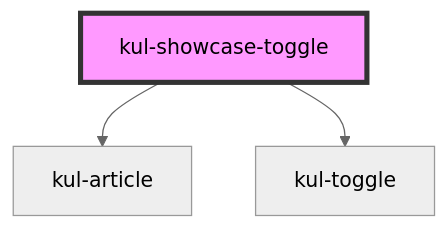
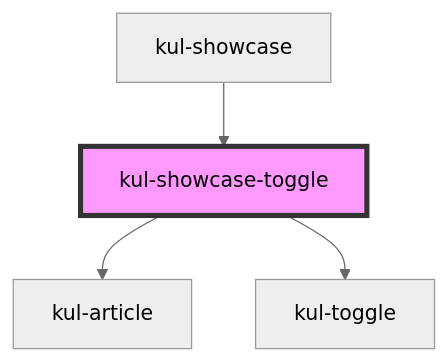
The diagram in packages/ketchup-lite/src/components/kul-showcase/components/toggle/readme.md (lucafoscili/ketchup-lite), drawn with Mermaid (neutral theme) before and after one commit. The commit also changed other lines of this file and 45 other files, not shown here.

````diff
--- a/packages/ketchup-lite/src/components/kul-showcase/components/toggle/readme.md
+++ b/packages/ketchup-lite/src/components/kul-showcase/components/toggle/readme.md
@@ -24,6 +28,7 @@
 ```mermaid
 graph TD;
   kul-showcase-toggle --> kul-article
   kul-showcase-toggle --> kul-toggle
+  kul-showcase --> kul-showcase-toggle
   style kul-showcase-toggle fill:#f9f,stroke:#333,stroke-width:4px
 ```
````
